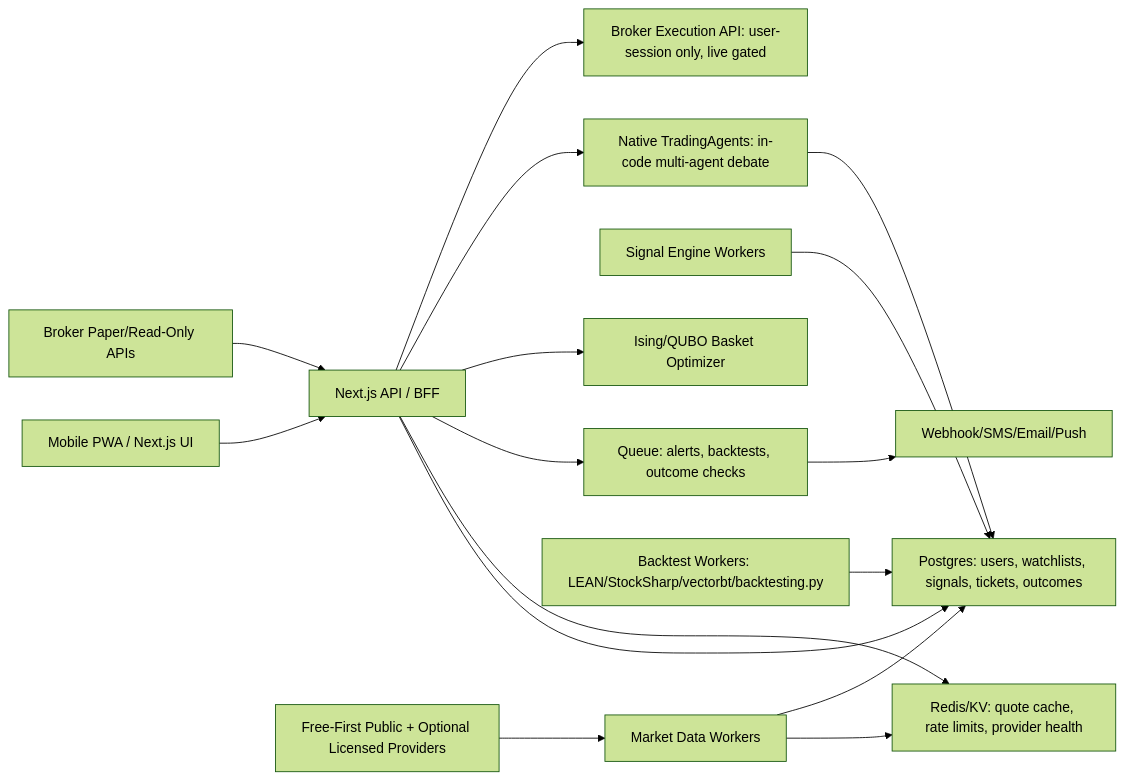
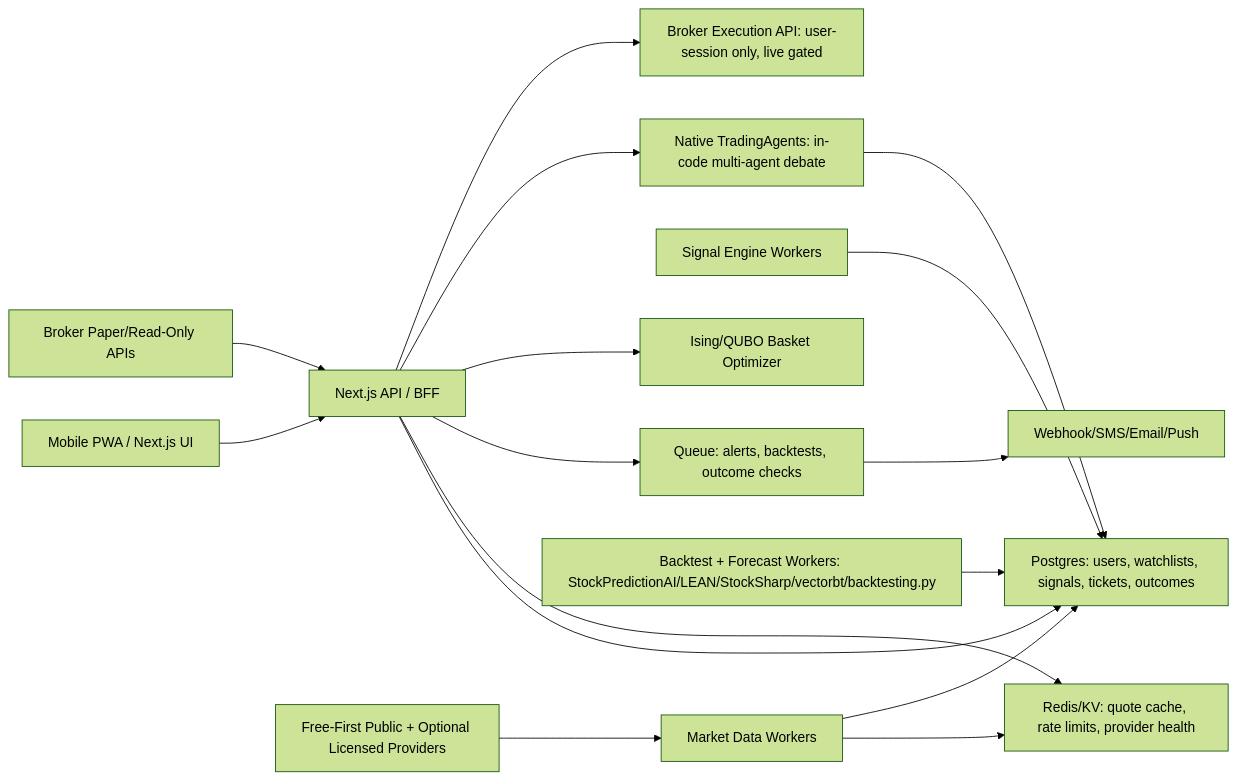
One commit to pinohu/trading-intel changed the diagram in docs/ARCHITECTURE.md. Above: the diagram before and after it, drawn with Mermaid (forest theme). The commit also changed other lines of this file and 14 other files, not shown here.

Commit message:
Add StockPredictionAI forecast worker lane

````diff
--- a/docs/ARCHITECTURE.md
+++ b/docs/ARCHITECTURE.md
@@ -35,18 +35,18 @@
 ```mermaid
 flowchart LR
   UI["Mobile PWA / Next.js UI"] --> BFF["Next.js API / BFF"]
   BFF --> DB["Postgres: users, watchlists, signals, tickets, outcomes"]
   BFF --> Cache["Redis/KV: quote cache, rate limits, provider health"]
   BFF --> Queue["Queue: alerts, backtests, outcome checks"]
   DataWorker["Market Data Workers"] --> Cache
   DataWorker --> DB
   Providers["Free-First Public + Optional Licensed Providers"] --> DataWorker
   SignalWorker["Signal Engine Workers"] --> DB
   BFF --> Ising["Ising/QUBO Basket Optimizer"]
   BFF --> TradingAgents["Native TradingAgents: in-code multi-agent debate"]
   TradingAgents --> DB
-  BacktestWorker["Backtest Workers: LEAN/StockSharp/vectorbt/backtesting.py"] --> DB
+  BacktestWorker["Backtest + Forecast Workers: StockPredictionAI/LEAN/StockSharp/vectorbt/backtesting.py"] --> DB
   Broker["Broker Paper/Read-Only APIs"] --> BFF
   BFF --> BrokerExec["Broker Execution API: user-session only, live gated"]
   Queue --> Alerts["Webhook/SMS/Email/Push"]
 ```
````
